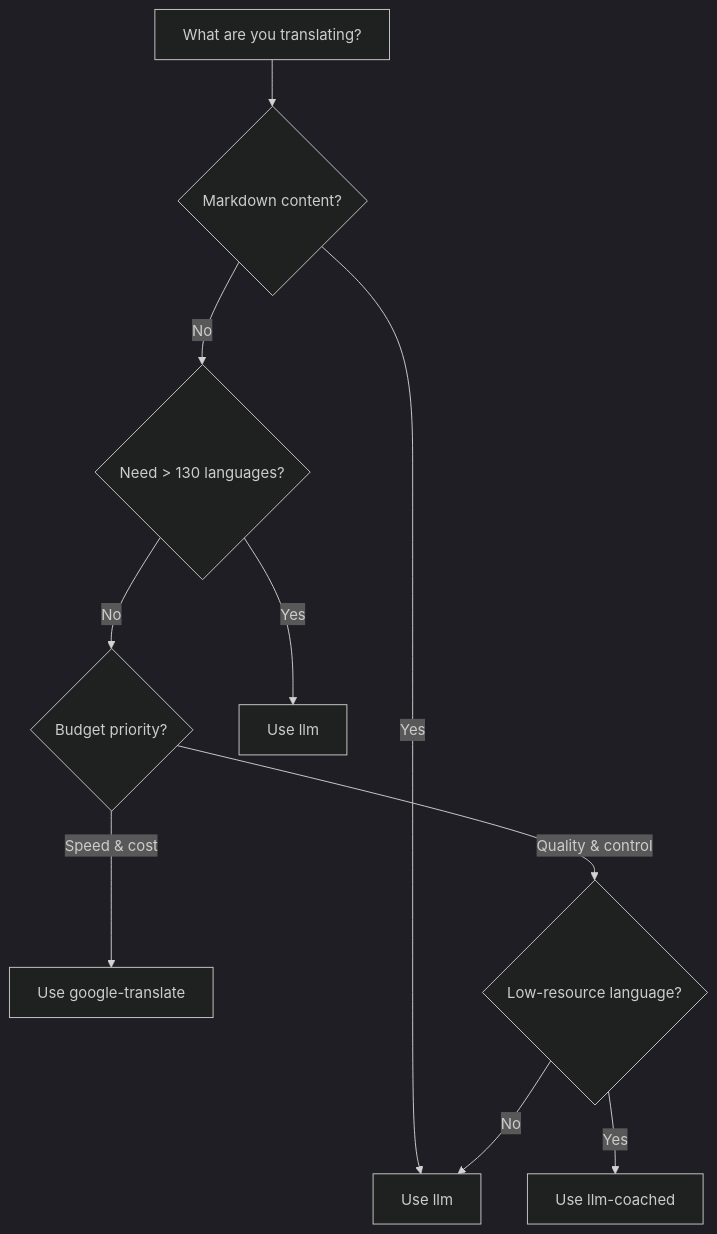
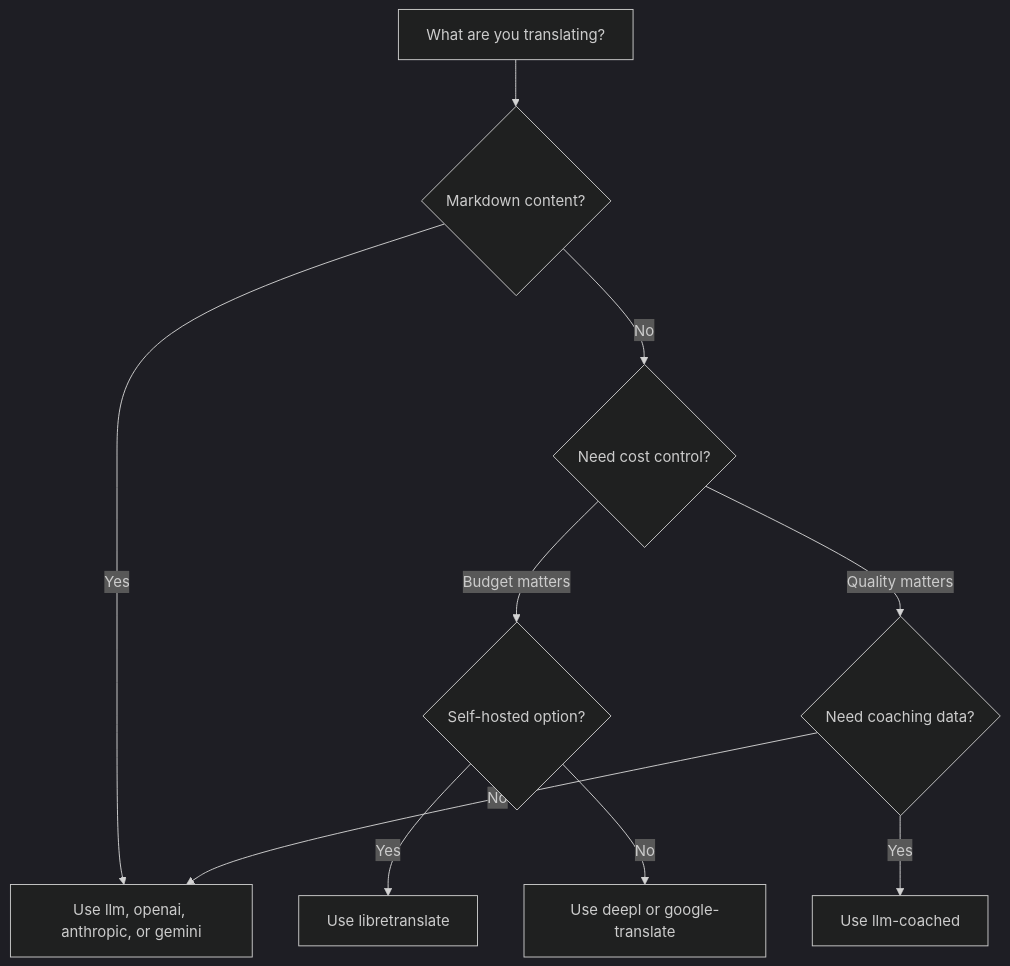
Before and after one commit to gamedaysuits/i18n-autopilot: the diagram in website/docs/guides/translation-methods.md, drawn with Mermaid (dark theme). The commit also changed other lines of this file and 145 other files, not shown here.

````diff
--- a/website/docs/guides/translation-methods.md
+++ b/website/docs/guides/translation-methods.md
@@ -21,12 +43,12 @@
 ```mermaid
 flowchart TD
     A["What are you translating?"] --> B{"Markdown content?"}
-    B -->|Yes| C["Use llm"]
-    B -->|No| D{"Need > 130 languages?"}
-    D -->|No| E{"Budget priority?"}
-    D -->|Yes| F["Use llm"]
-    E -->|Speed & cost| G["Use google-translate"]
-    E -->|Quality & control| H{"Low-resource language?"}
-    H -->|Yes| I["Use llm-coached"]
-    H -->|No| C
+    B -->|Yes| C["Use llm, openai, anthropic, or gemini"]
+    B -->|No| D{"Need cost control?"}
+    D -->|Budget matters| E{"Self-hosted option?"}
+    D -->|Quality matters| F{"Need coaching data?"}
+    E -->|Yes| G["Use libretranslate"]
+    E -->|No| H["Use deepl or google-translate"]
+    F -->|Yes| I["Use llm-coached"]
+    F -->|No| C
 ```
````
